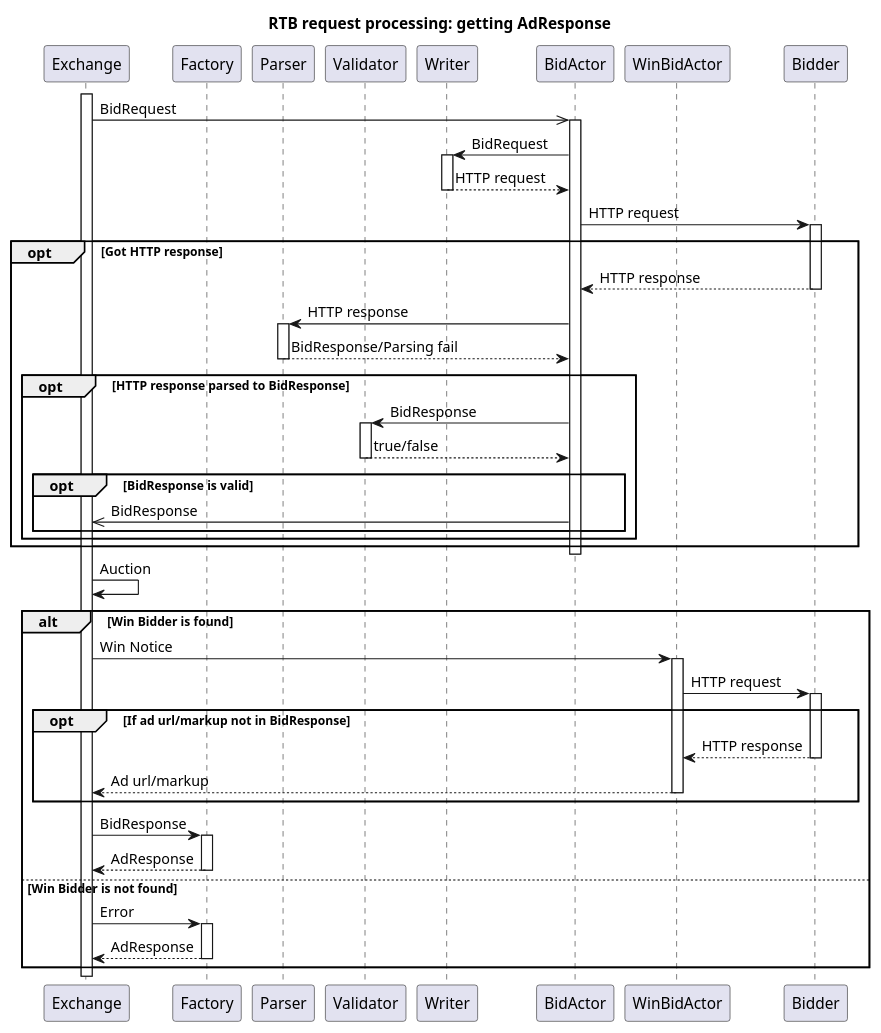
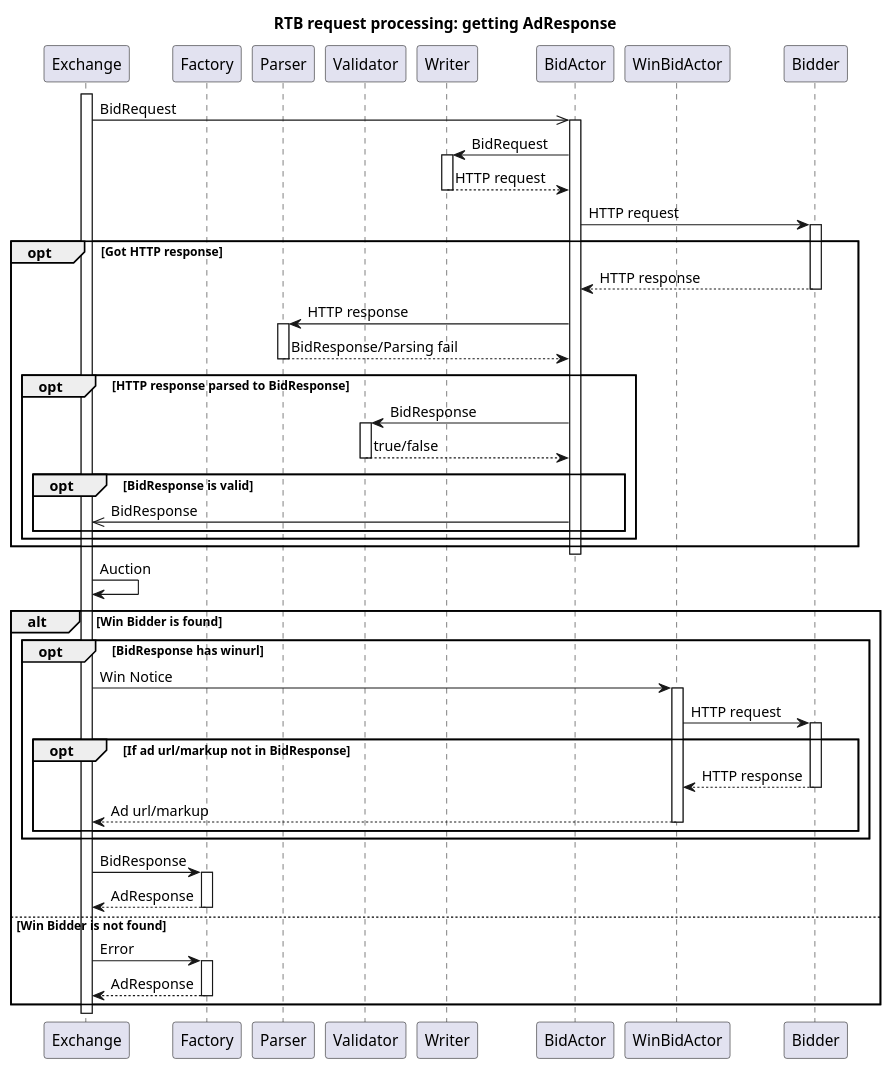
One commit to bwsw/simple-rtb-exchange changed the diagram in diagrams/request_processing_getting_adresponse.puml. Above: the diagram before and after it, drawn with PlantUML.

Commit message:
Ticket #2574. Place Win Notice in opt block.

```diff
--- a/diagrams/request_processing_getting_adresponse.puml
+++ b/diagrams/request_processing_getting_adresponse.puml
@@ -1,73 +1,75 @@
 @startuml
 
 title RTB request processing: getting AdResponse
 
 participant Exchange
 participant Factory
 participant Parser
 participant Validator
 participant Writer
 participant BidActor
 participant WinBidActor
 participant Bidder
 
 activate Exchange
 Exchange ->> BidActor: BidRequest
 activate BidActor
 
 BidActor -> Writer: BidRequest
 activate Writer
 Writer --> BidActor: HTTP request
 deactivate Writer
 
 BidActor -> Bidder: HTTP request
 activate Bidder
 opt Got HTTP response
     BidActor <-- Bidder: HTTP response
     deactivate Bidder
 
     BidActor -> Parser: HTTP response
     activate Parser
 
     BidActor <-- Parser: BidResponse/Parsing fail
     deactivate Parser
     opt HTTP response parsed to BidResponse
         BidActor -> Validator: BidResponse
         activate Validator
         BidActor <-- Validator: true/false
         deactivate Validator
         opt BidResponse is valid
             Exchange <<- BidActor: BidResponse
         end
     end
 end
 
 deactivate BidActor
     
 Exchange -> Exchange: Auction
 
 alt Win Bidder is found
-    Exchange -> WinBidActor: Win Notice
-    activate WinBidActor
-    WinBidActor -> Bidder: HTTP request
-    activate Bidder
-    opt If ad url/markup not in BidResponse
-        WinBidActor <-- Bidder: HTTP response
-        deactivate Bidder
-        Exchange <-- WinBidActor: Ad url/markup
-        deactivate WinBidActor
+    opt BidResponse has winurl
+        Exchange -> WinBidActor: Win Notice
+        activate WinBidActor
+        WinBidActor -> Bidder: HTTP request
+        activate Bidder
+        opt If ad url/markup not in BidResponse
+            WinBidActor <-- Bidder: HTTP response
+            deactivate Bidder
+            Exchange <-- WinBidActor: Ad url/markup
+            deactivate WinBidActor
+        end
     end
 
     Exchange -> Factory: BidResponse
     activate Factory
     Exchange <-- Factory: AdResponse
     deactivate Factory
 
 else Win Bidder is not found
     Exchange -> Factory: Error
     activate Factory
     Exchange <-- Factory: AdResponse
     deactivate Factory
 end
 
 @enduml
```
